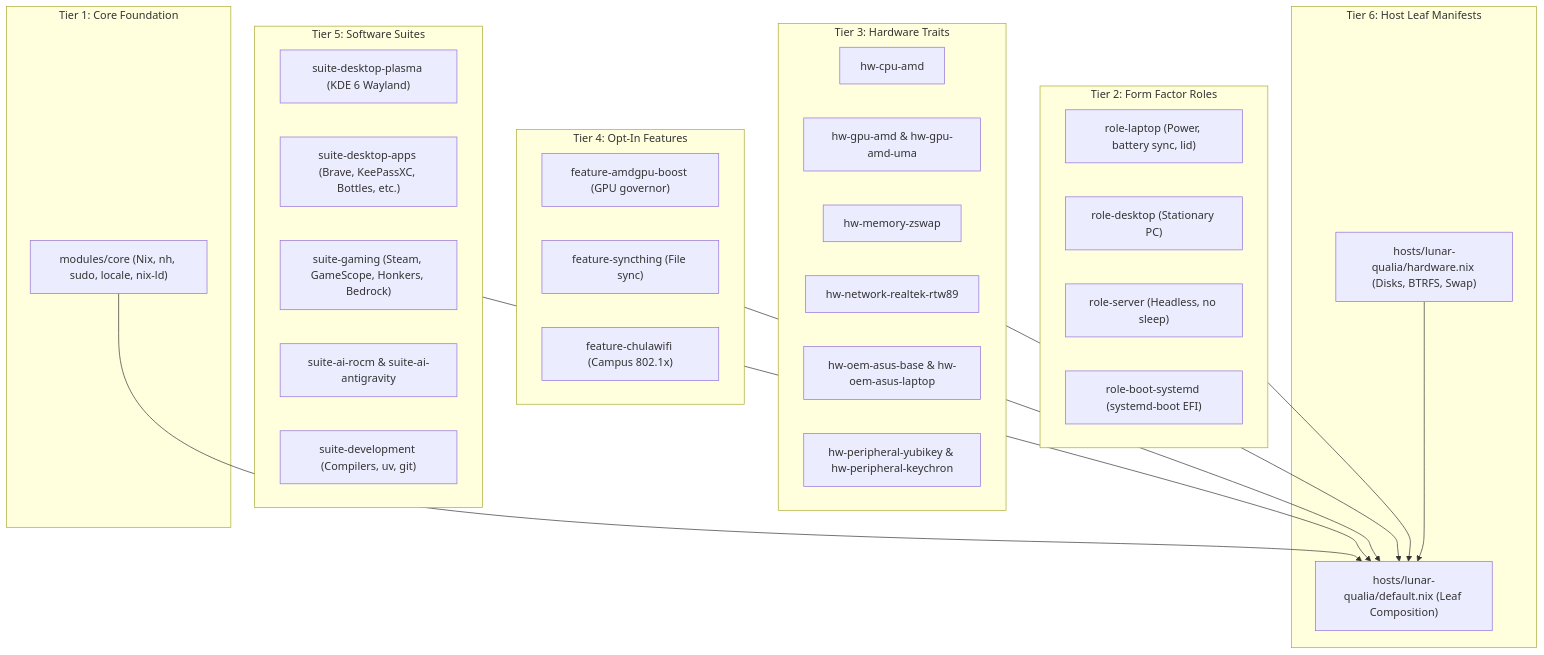
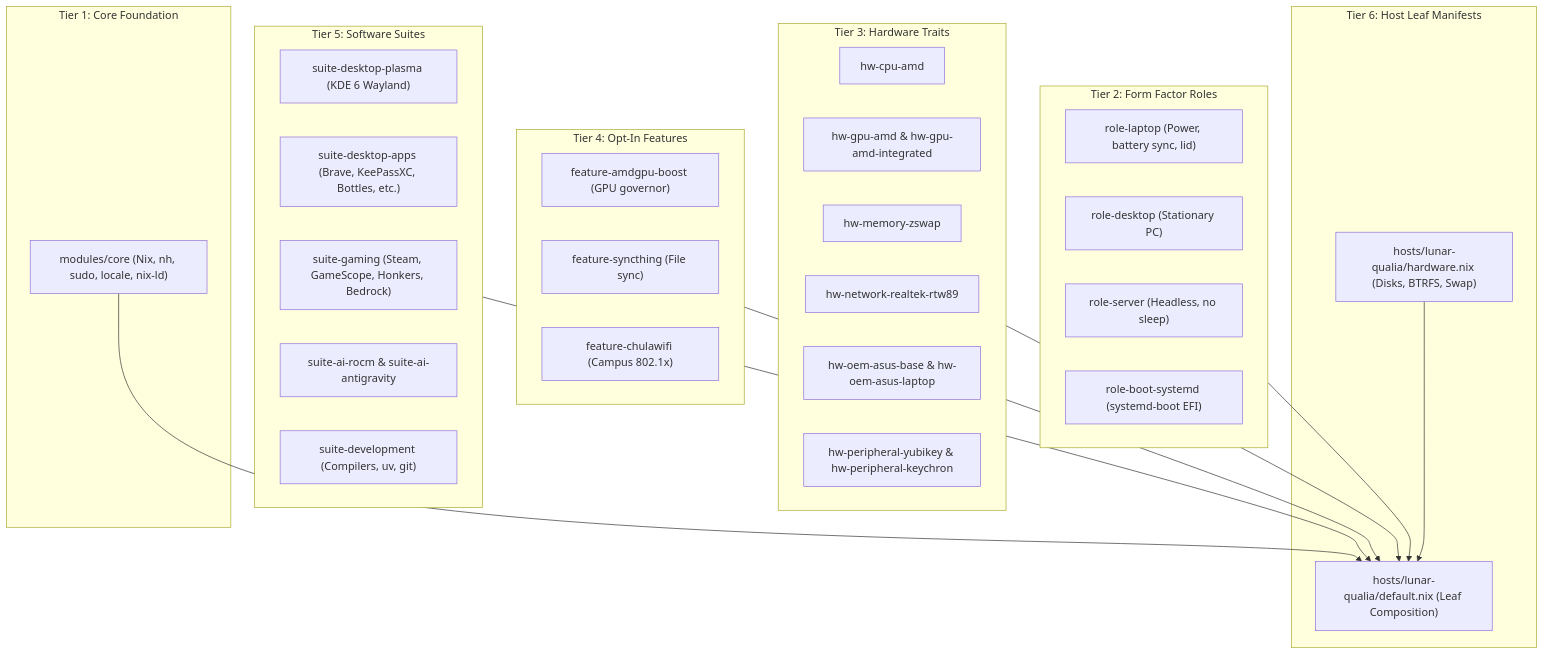
The diagram in AGENTS.md (lithinnon/lunar-witches), drawn with Mermaid before and after one commit. The commit also changed other lines of this file and 4 other files, not shown here.

Commit message:
feat(hardware): rename amdgpu.uma to amdgpu.integrated

````diff
--- a/AGENTS.md
+++ b/AGENTS.md
@@ -40,48 +40,48 @@
 ```mermaid
 flowchart TD
     subgraph T1["Tier 1: Core Foundation"]
         C["modules/core (Nix, nh, sudo, locale, nix-ld)"]
     end
 
     subgraph T2["Tier 2: Form Factor Roles"]
         R1["role-laptop (Power, battery sync, lid)"]
         R2["role-desktop (Stationary PC)"]
         R3["role-server (Headless, no sleep)"]
         R4["role-boot-systemd (systemd-boot EFI)"]
     end
 
     subgraph T3["Tier 3: Hardware Traits"]
         H1["hw-cpu-amd"]
-        H2["hw-gpu-amd & hw-gpu-amd-uma"]
+        H2["hw-gpu-amd & hw-gpu-amd-integrated"]
         H3["hw-memory-zswap"]
         H4["hw-network-realtek-rtw89"]
         H5["hw-oem-asus-base & hw-oem-asus-laptop"]
         H6["hw-peripheral-yubikey & hw-peripheral-keychron"]
     end
 
     subgraph T4["Tier 4: Opt-In Features"]
         F1["feature-amdgpu-boost (GPU governor)"]
         F2["feature-syncthing (File sync)"]
         F3["feature-chulawifi (Campus 802.1x)"]
     end
 
     subgraph T5["Tier 5: Software Suites"]
         S1["suite-desktop-plasma (KDE 6 Wayland)"]
         S2["suite-desktop-apps (Brave, KeePassXC, Bottles, etc.)"]
         S3["suite-gaming (Steam, GameScope, Honkers, Bedrock)"]
         S4["suite-ai-rocm & suite-ai-antigravity"]
         S5["suite-development (Compilers, uv, git)"]
     end
 
     subgraph T6["Tier 6: Host Leaf Manifests"]
         L1["hosts/lunar-qualia/default.nix (Leaf Composition)"]
         L2["hosts/lunar-qualia/hardware.nix (Disks, BTRFS, Swap)"]
     end
 
     C --> L1
     T2 --> L1
     T3 --> L1
     T4 --> L1
     T5 --> L1
     L2 --> L1
 ```
````
